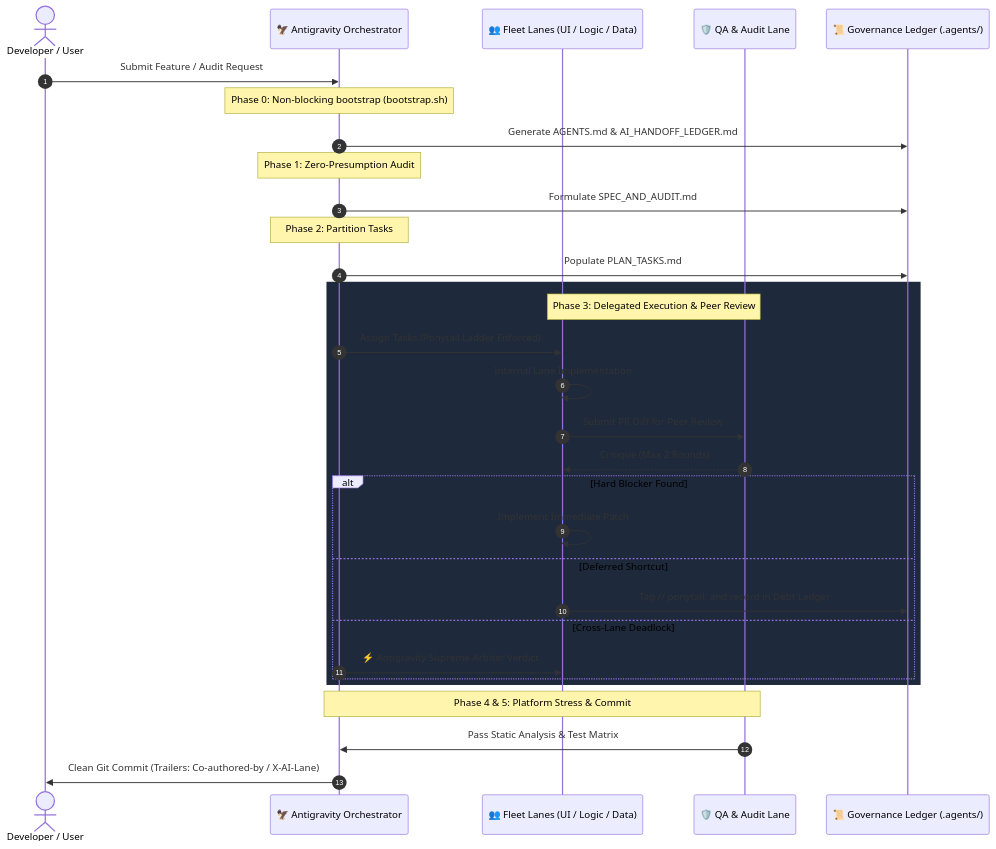
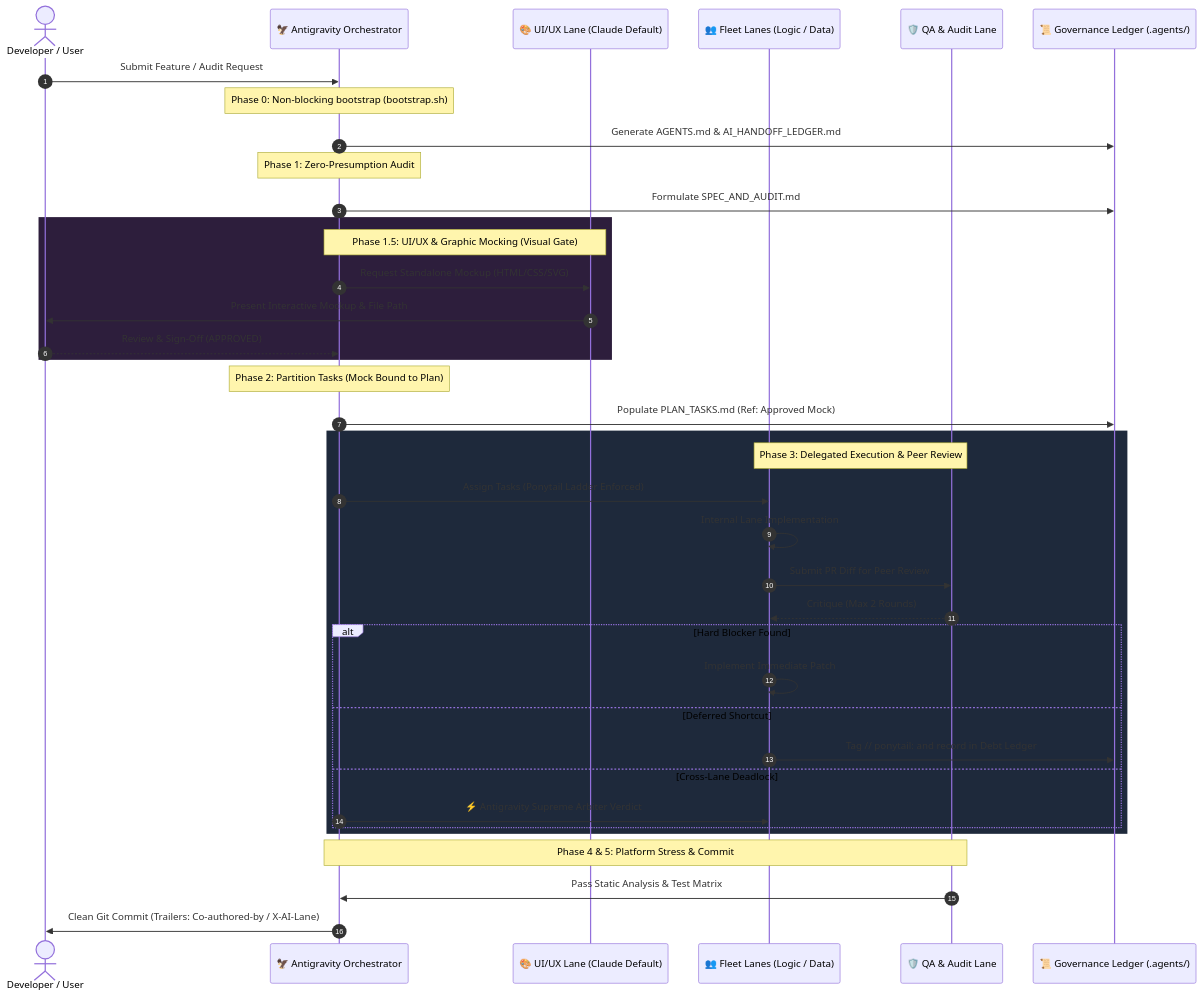
One commit to sherifrad/multi-agent-collaborative-audit changed the third of 4 diagrams in README.md. Above: the diagram before and after it, drawn with Mermaid. The commit also changed other lines of this file and 6 other files, not shown here.

First line of the commit message:
feat(ui-ux): add UI/UX Mocking Role, Claude routing & Visual Gate protocol

````diff
--- a/README.md
+++ b/README.md
@@ -103,36 +106,45 @@
 ```mermaid
 sequenceDiagram
     autonumber
     actor Dev as Developer / User
     participant Orch as 🦅 Antigravity Orchestrator
-    participant Lanes as 👥 Fleet Lanes (UI / Logic / Data)
+    participant UILane as 🎨 UI/UX Lane (Claude Default)
+    participant Lanes as 👥 Fleet Lanes (Logic / Data)
     participant QA as 🛡️ QA & Audit Lane
     participant Ledger as 📜 Governance Ledger (.agents/)
 
     Dev->>Orch: Submit Feature / Audit Request
     Note over Orch: Phase 0: Non-blocking bootstrap (bootstrap.sh)
     Orch->>Ledger: Generate AGENTS.md & AI_HANDOFF_LEDGER.md
     Note over Orch: Phase 1: Zero-Presumption Audit
     Orch->>Ledger: Formulate SPEC_AND_AUDIT.md
-    Note over Orch: Phase 2: Partition Tasks
-    Orch->>Ledger: Populate PLAN_TASKS.md
+
+    rect rgb(45, 30, 60)
+        Note over Orch,UILane: Phase 1.5: UI/UX & Graphic Mocking (Visual Gate)
+        Orch->>UILane: Request Standalone Mockup (HTML/CSS/SVG)
+        UILane->>Dev: Present Interactive Mockup & File Path
+        Dev-->>Orch: Review & Sign-Off (APPROVED)
+    end
+
+    Note over Orch: Phase 2: Partition Tasks (Mock Bound to Plan)
+    Orch->>Ledger: Populate PLAN_TASKS.md (Ref: Approved Mock)
 
     rect rgb(30, 41, 59)
         Note over Lanes,QA: Phase 3: Delegated Execution & Peer Review
         Orch->>Lanes: Assign Tasks (Ponytail Ladder Enforced)
         Lanes->>Lanes: Internal Lane Implementation
         Lanes->>QA: Submit PR Diff for Peer Review
         QA-->>Lanes: Critique (Max 2 Rounds)
         alt Hard Blocker Found
             Lanes->>Lanes: Implement Immediate Patch
         else Deferred Shortcut
             Lanes->>Ledger: Tag // ponytail: and record in Debt Ledger
         else Cross-Lane Deadlock
             Orch->>Lanes: ⚡ Antigravity Supreme Arbiter Verdict
         end
     end
 
     Note over Orch,QA: Phase 4 & 5: Platform Stress & Commit
     QA->>Orch: Pass Static Analysis & Test Matrix
     Orch->>Dev: Clean Git Commit (Trailers: Co-authored-by / X-AI-Lane)
 ```
````
